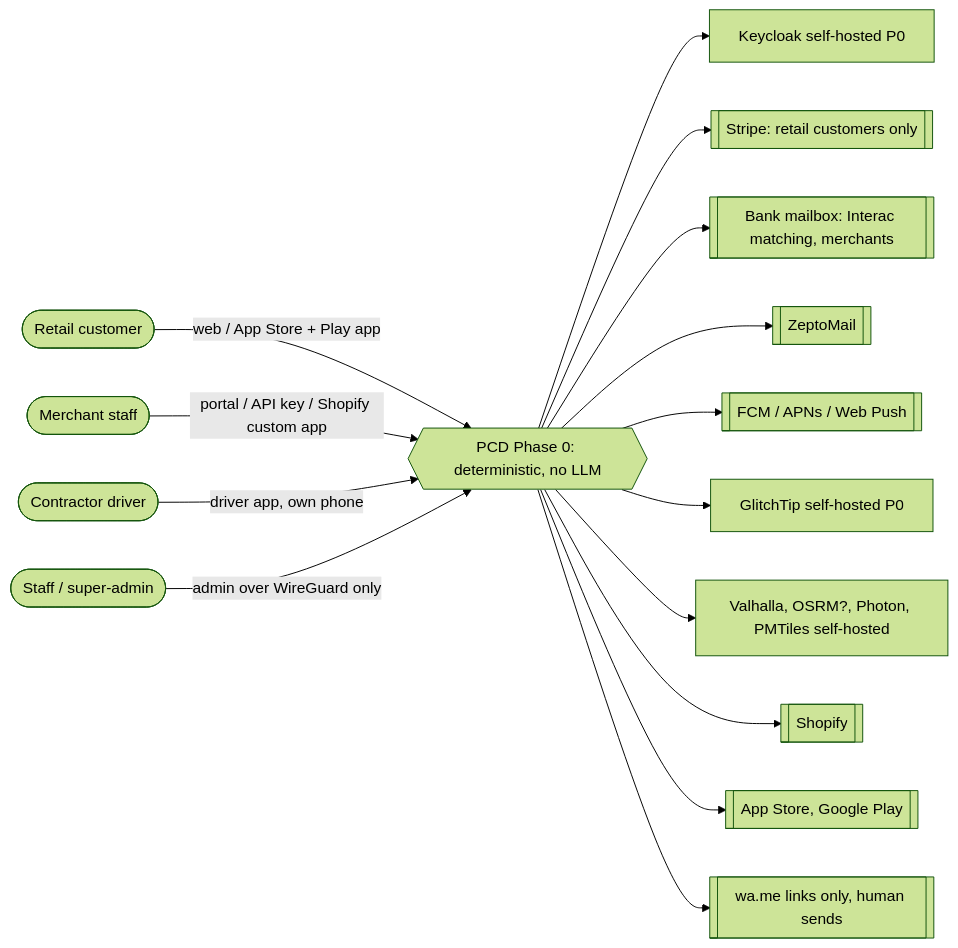
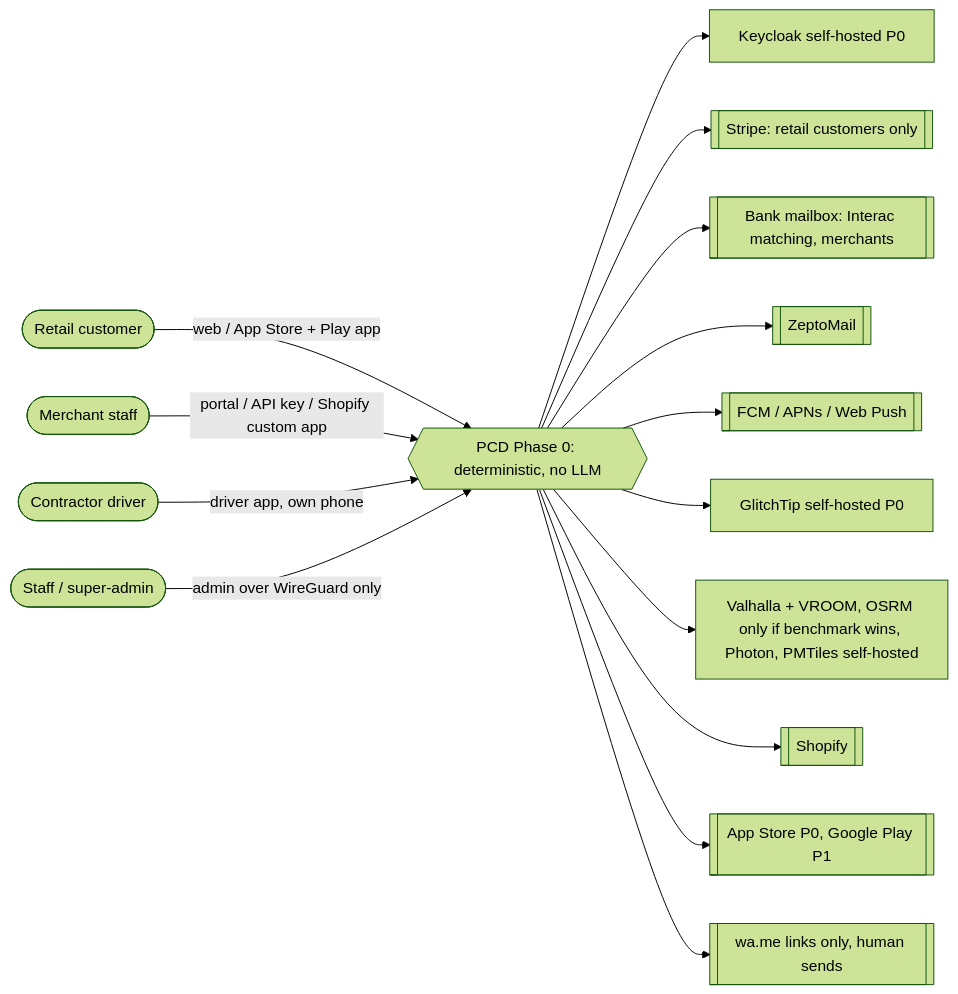
The second of 4 diagrams in docs/architecture/61_p0_context_containers.md (PORTERCHAIN-INC/PCD), drawn with Mermaid (forest theme) before and after one commit. The commit also changed other lines of this file and 8 other files, not shown here.

Commit message:
docs(architecture): L32 Phase 0 decisions, routing (Valhalla+VROOM, OSRM by benchmark), Shopify rates/billing

````diff
--- a/docs/architecture/61_p0_context_containers.md
+++ b/docs/architecture/61_p0_context_containers.md
@@ -32,18 +32,18 @@
 ```mermaid
 flowchart LR
   RC([Retail customer]) -->|web / App Store + Play app| PCD
   MER([Merchant staff]) -->|portal / API key / Shopify custom app| PCD
   DRV([Contractor driver]) -->|driver app, own phone| PCD
   STF([Staff / super-admin]) -->|admin over WireGuard only| PCD
   PCD{{PCD Phase 0: deterministic, no LLM}}
   PCD --> KC[Keycloak self-hosted P0]
   PCD --> STRIPE[[Stripe: retail customers only]]
   PCD --> IMAP[[Bank mailbox: Interac matching, merchants]]
   PCD --> ZEPTO[[ZeptoMail]]
   PCD --> PUSH[[FCM / APNs / Web Push]]
   PCD --> GT[GlitchTip self-hosted P0]
-  PCD --> GEO[Valhalla, OSRM?, Photon, PMTiles self-hosted]
+  PCD --> GEO[Valhalla + VROOM, OSRM only if benchmark wins, Photon, PMTiles self-hosted]
   PCD --> SHOP[[Shopify]]
-  PCD --> STORES[[App Store, Google Play]]
+  PCD --> STORES[[App Store P0, Google Play P1]]
   PCD --> WA[[wa.me links only, human sends]]
 ```
````
